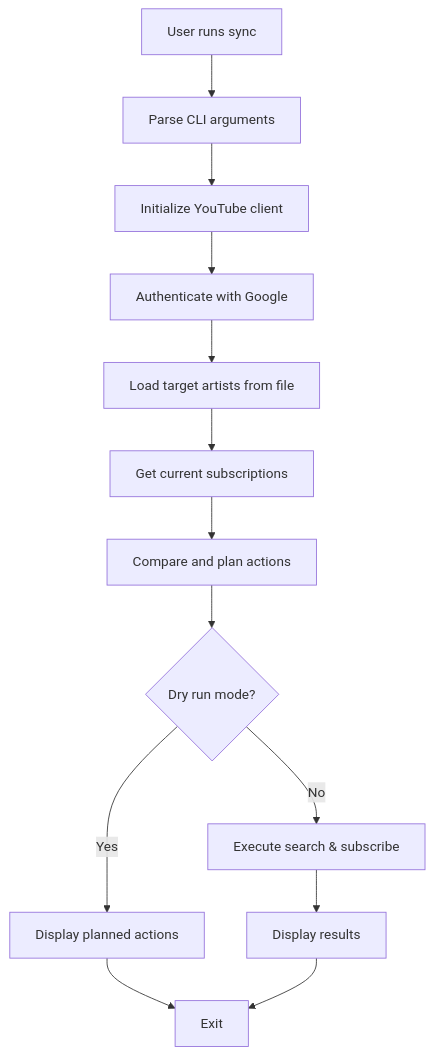
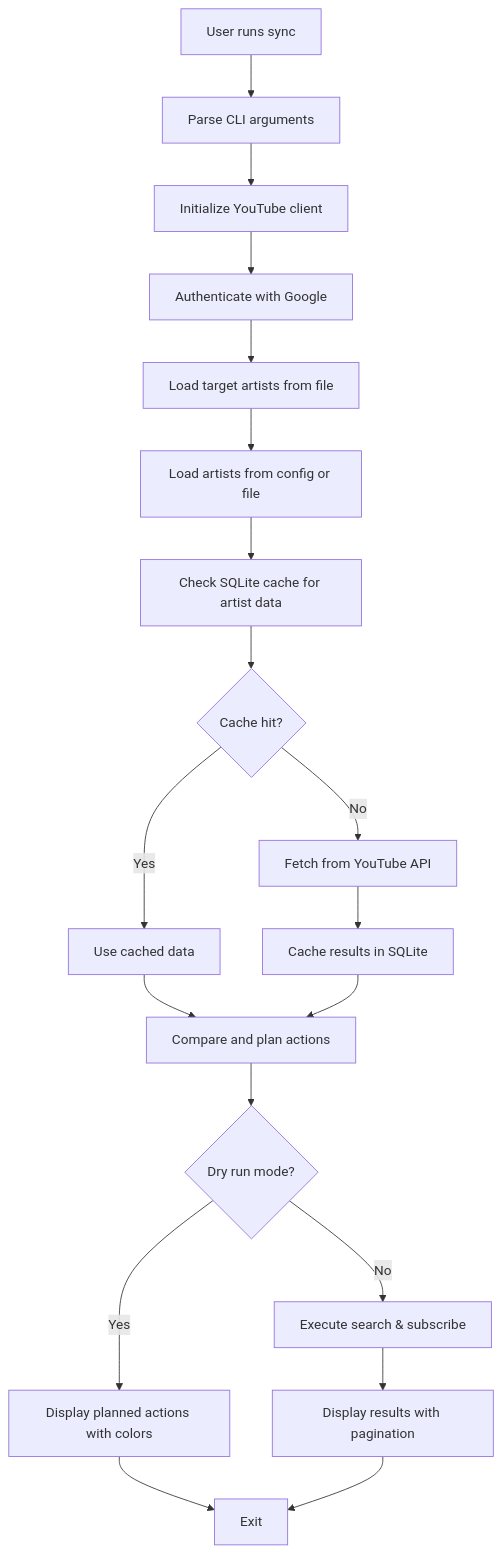
One commit to cschladetsch/YoutubeMusicSubscriber changed the first of 2 diagrams in docs/ARCHITECTURE.md. Above: the diagram before and after it, drawn with Mermaid. The commit also changed other lines of this file and 9 other files, not shown here.

````diff
--- a/docs/ARCHITECTURE.md
+++ b/docs/ARCHITECTURE.md
@@ -75,15 +93,21 @@
 ```mermaid
 graph TD
     A[User runs sync] --> B[Parse CLI arguments]
     B --> C[Initialize YouTube client]
     C --> D[Authenticate with Google]
     D --> E[Load target artists from file]
-    E --> F[Get current subscriptions]
-    F --> G[Compare and plan actions]
-    G --> H{Dry run mode?}
-    H -->|Yes| I[Display planned actions]
-    H -->|No| J[Execute search & subscribe]
-    J --> K[Display results]
-    I --> L[Exit]
+    E --> F[Load artists from config or file]
+    F --> G[Check SQLite cache for artist data]
+    G --> H{Cache hit?}
+    H -->|Yes| I[Use cached data]
+    H -->|No| J[Fetch from YouTube API]
+    J --> K[Cache results in SQLite]
+    I --> L[Compare and plan actions]
     K --> L
+    L --> M{Dry run mode?}
+    M -->|Yes| N[Display planned actions with colors]
+    M -->|No| O[Execute search & subscribe]
+    O --> P[Display results with pagination]
+    N --> Q[Exit]
+    P --> Q
 ```
````
